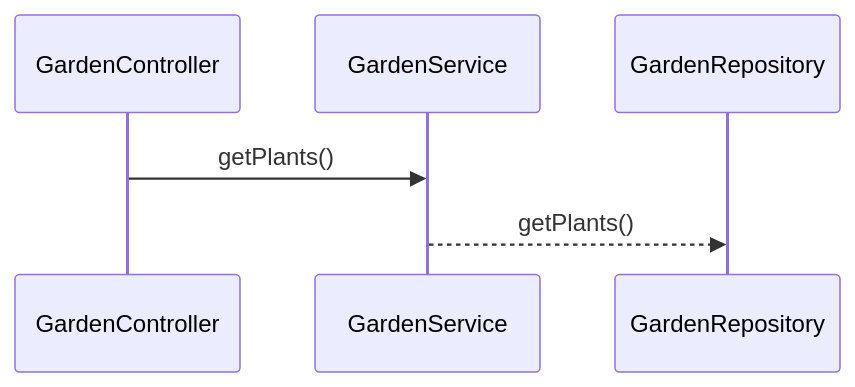
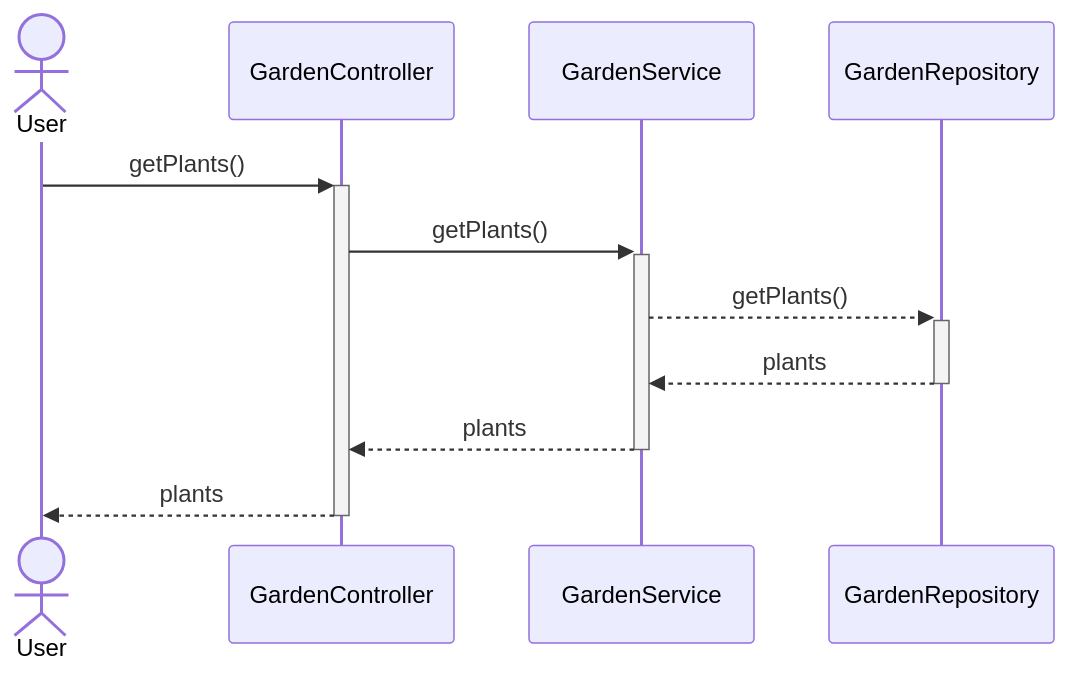
The diagram in README.md (chuckhutchinson2/spring-boot-archetype), drawn with Mermaid before and after one commit. The commit also changed other lines of this file, not shown here.

````diff
--- a/README.md
+++ b/README.md
@@ -27,6 +27,11 @@
 ```mermaid
 sequenceDiagram
-    GardenController->>GardenService: getPlants()
-    GardenService-->>GardenRepository: getPlants()
+    Actor User
+    User ->>+ GardenController: getPlants()
+    GardenController->>+GardenService: getPlants()
+    GardenService-->>+GardenRepository: getPlants()
+    GardenRepository-->>-GardenService: plants
+    GardenService-->>-GardenController: plants
+    GardenController-->>-User: plants
     
 ```    
````
